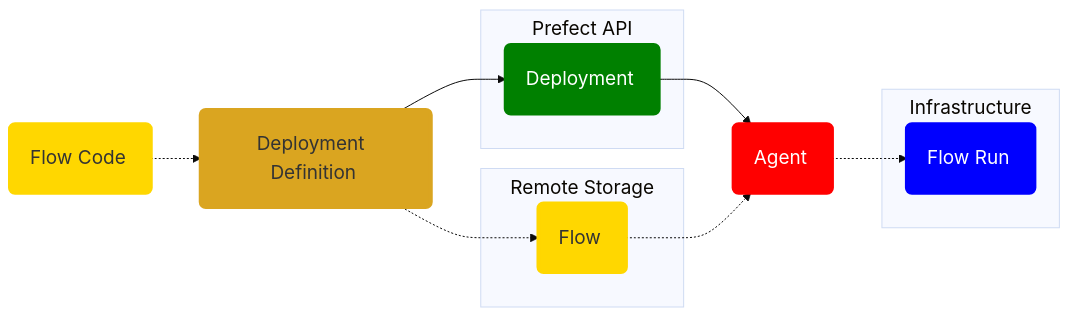
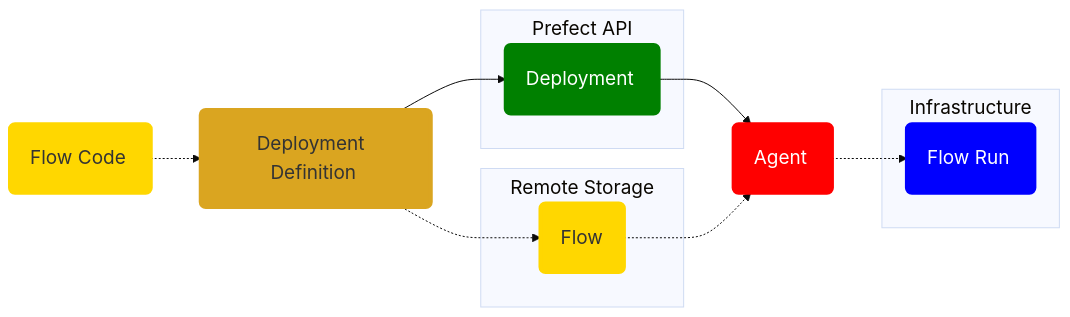
One commit to PrefectHQ/prefect changed the first of 2 diagrams in docs/concepts/deployments.md. Above: the diagram before and after it, drawn with Mermaid.

Commit message:
small CSS adjustment

````diff
--- a/docs/concepts/deployments.md
+++ b/docs/concepts/deployments.md
@@ -31,36 +31,36 @@
 ```mermaid
 %%{
   init: {
     'theme': 'base',
     'themeVariables': {
       'fontSize': '19px'
     }
   }
 }%%
 
 flowchart LR
     F("<div style='margin: 5px 10px 5px 5px;'>Flow Code</div>"):::yellow -.-> A("<div style='margin: 5px 10px 5px 5px;'>Deployment Definition</div>"):::gold
     subgraph Server ["<div style='width: 150px; text-align: center; margin-top: 5px;'>Prefect API</div>"]
         D("<div style='margin: 5px 10px 5px 5px;'>Deployment</div>"):::green
     end
     subgraph Remote Storage ["<div style='width: 160px; text-align: center; margin-top: 5px;'>Remote Storage</div>"]
-        B("<div style='margin: 5px 10px 5px 5px;'>Flow</div>"):::yellow
+        B("<div style='margin: 5px 6px 5px 5px;'>Flow</div>"):::yellow
     end
     subgraph Infrastructure ["<div style='width: 150px; text-align: center; margin-top: 5px;'>Infrastructure</div>"]
         G("<div style='margin: 5px 10px 5px 5px;'>Flow Run</div>"):::blue
     end
 
     A --> D
     D --> E("<div style='margin: 5px 10px 5px 5px;'>Agent</div>"):::red
     B -.-> E
     A -.-> B
     E -.-> G
 
     classDef gold fill:goldenrod,stroke:goldenrod,stroke-width:4px
     classDef yellow fill:gold,stroke:gold,stroke-width:4px
     classDef gray fill:lightgray,stroke:lightgray,stroke-width:4px
     classDef blue fill:blue,stroke:blue,stroke-width:4px,color:white
     classDef green fill:green,stroke:green,stroke-width:4px,color:white
     classDef red fill:red,stroke:red,stroke-width:4px,color:white
     classDef dkgray fill:darkgray,stroke:darkgray,stroke-width:4px,color:white
 ```
````
